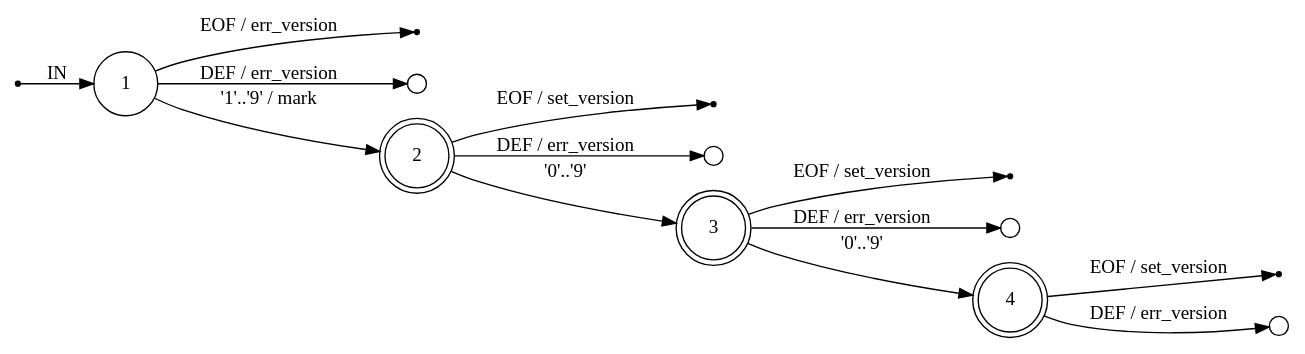
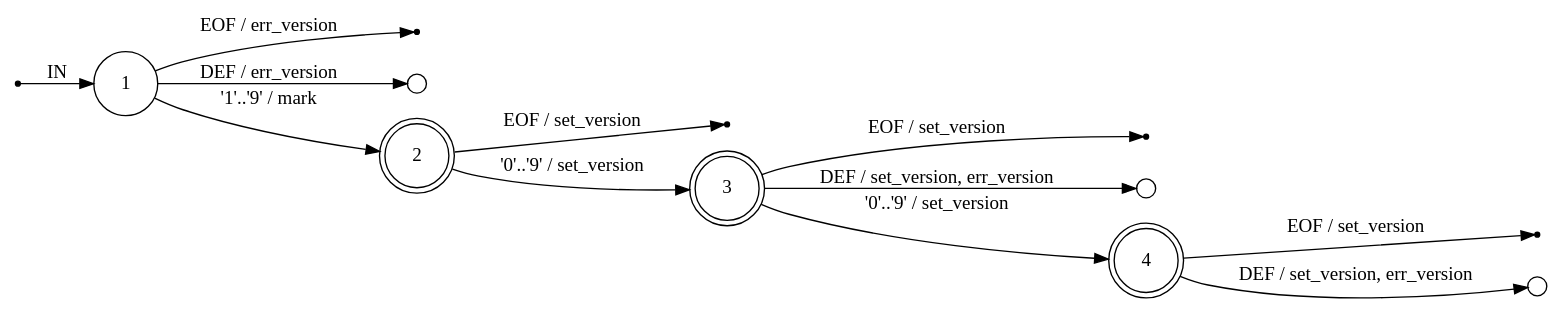
The diagram in docs/rfc5424_version.dot (influxdata/go-syslog), drawn with Graphviz before and after one commit. The commit also changed 5 other files, not shown here.

```diff
--- a/docs/rfc5424_version.dot
+++ b/docs/rfc5424_version.dot
@@ -1,31 +1,29 @@
 digraph rfc5424 {
 	rankdir=LR;
 	node [ shape = point ];
 	ENTRY;
 	eof_1;
 	eof_2;
 	eof_3;
 	eof_4;
 	node [ shape = circle, height = 0.2 ];
 	err_1 [ label=""];
-	err_2 [ label=""];
 	err_3 [ label=""];
 	err_4 [ label=""];
 	node [ fixedsize = true, height = 0.65, shape = doublecircle ];
 	2;
 	3;
 	4;
 	node [ shape = circle ];
 	1 -> 2 [ label = "'1'..'9' / mark" ];
 	1 -> err_1 [ label = "DEF / err_version" ];
-	2 -> 3 [ label = "'0'..'9'" ];
-	2 -> err_2 [ label = "DEF / err_version" ];
-	3 -> 4 [ label = "'0'..'9'" ];
-	3 -> err_3 [ label = "DEF / err_version" ];
-	4 -> err_4 [ label = "DEF / err_version" ];
+	2 -> 3 [ label = "'0'..'9' / set_version" ];
+	3 -> 4 [ label = "'0'..'9' / set_version" ];
+	3 -> err_3 [ label = "DEF / set_version, err_version" ];
+	4 -> err_4 [ label = "DEF / set_version, err_version" ];
 	ENTRY -> 1 [ label = "IN" ];
 	1 -> eof_1 [ label = "EOF / err_version" ];
 	2 -> eof_2 [ label = "EOF / set_version" ];
 	3 -> eof_3 [ label = "EOF / set_version" ];
 	4 -> eof_4 [ label = "EOF / set_version" ];
 }
```
